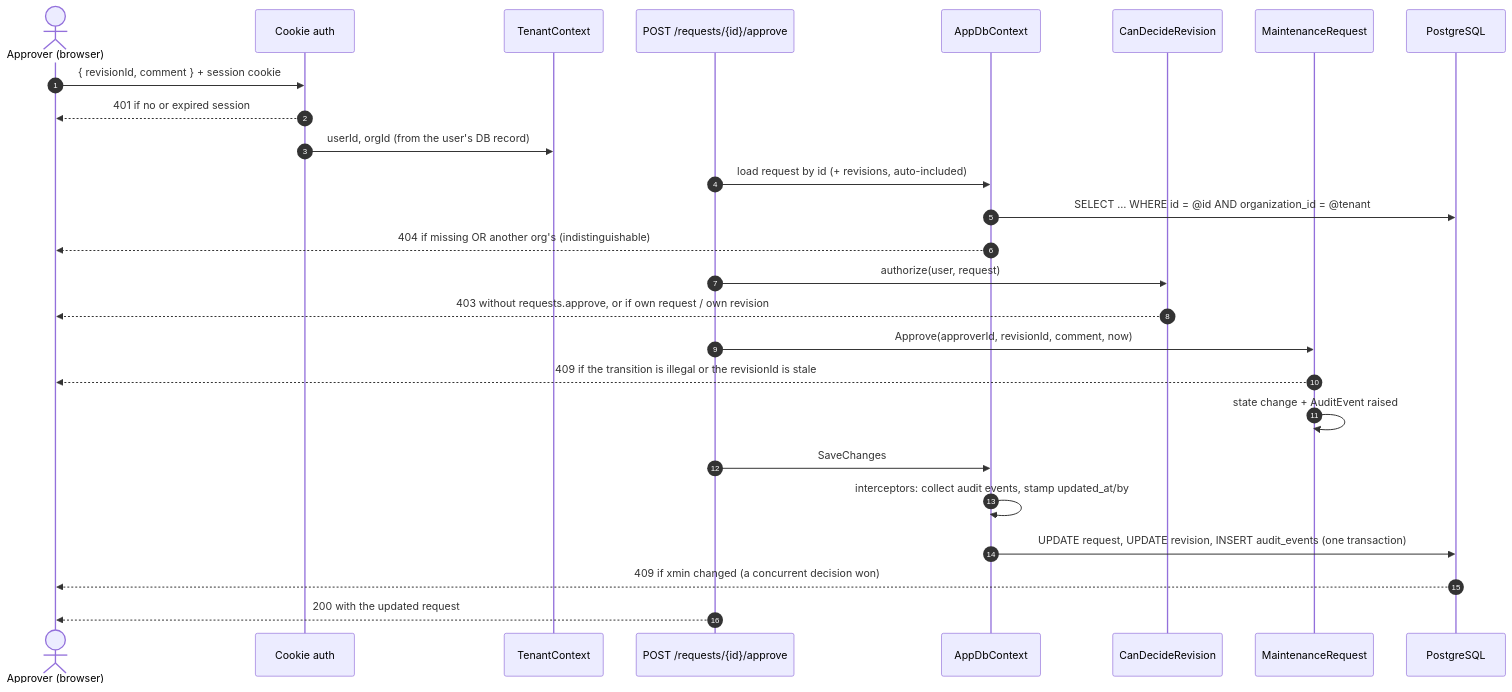
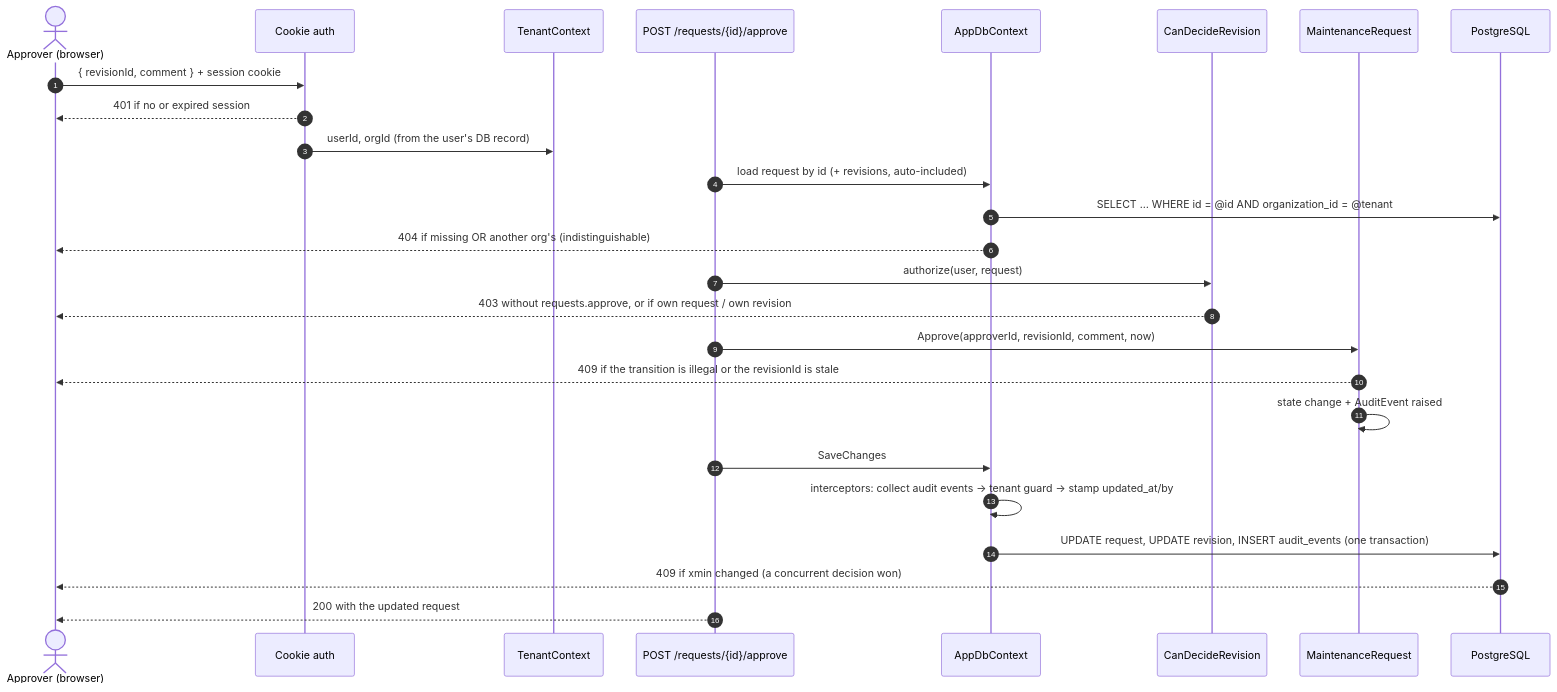
The second of 5 diagrams in ARCHITECTURE.md (MoqeetUlHassan/Assessment), drawn with Mermaid before and after one commit. The commit also changed other lines of this file and 4 other files, not shown here.

Commit message:
Docs: step 3 tenancy (verify-not-stamp guard, fail-closed, system scope); AI-LOG checks

````diff
--- a/ARCHITECTURE.md
+++ b/ARCHITECTURE.md
@@ -104,29 +104,29 @@
 ```mermaid
 sequenceDiagram
     autonumber
     actor A as Approver (browser)
     participant MW as Cookie auth
     participant TC as TenantContext
     participant EP as POST /requests/{id}/approve
     participant DB as AppDbContext
     participant AZ as CanDecideRevision
     participant D as MaintenanceRequest
     participant PG as PostgreSQL
 
     A->>MW: { revisionId, comment } + session cookie
     MW-->>A: 401 if no or expired session
     MW->>TC: userId, orgId (from the user's DB record)
     EP->>DB: load request by id (+ revisions, auto-included)
     DB->>PG: SELECT … WHERE id = @id AND organization_id = @tenant
     DB-->>A: 404 if missing OR another org's (indistinguishable)
     EP->>AZ: authorize(user, request)
     AZ-->>A: 403 without requests.approve, or if own request / own revision
     EP->>D: Approve(approverId, revisionId, comment, now)
     D-->>A: 409 if the transition is illegal or the revisionId is stale
     D->>D: state change + AuditEvent raised
     EP->>DB: SaveChanges
-    DB->>DB: interceptors: collect audit events, stamp updated_at/by
+    DB->>DB: interceptors: collect audit events → tenant guard → stamp updated_at/by
     DB->>PG: UPDATE request, UPDATE revision, INSERT audit_events (one transaction)
     PG-->>A: 409 if xmin changed (a concurrent decision won)
     EP-->>A: 200 with the updated request
 ```
````
